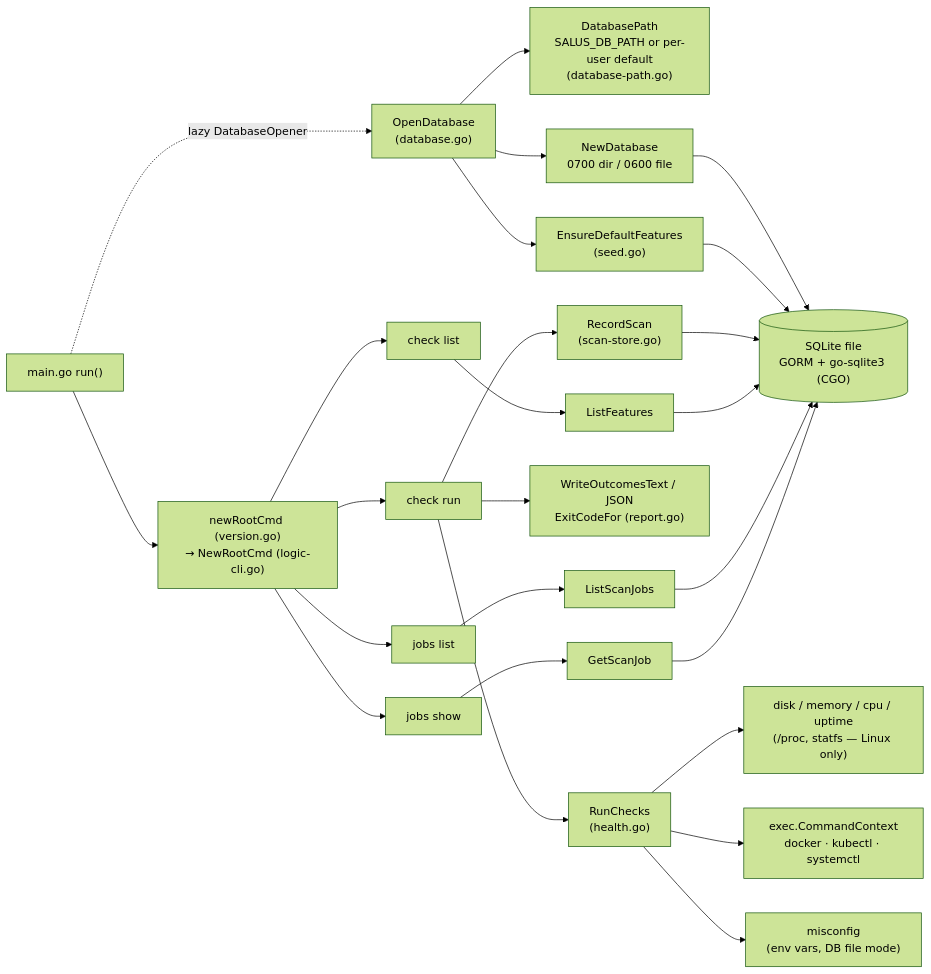
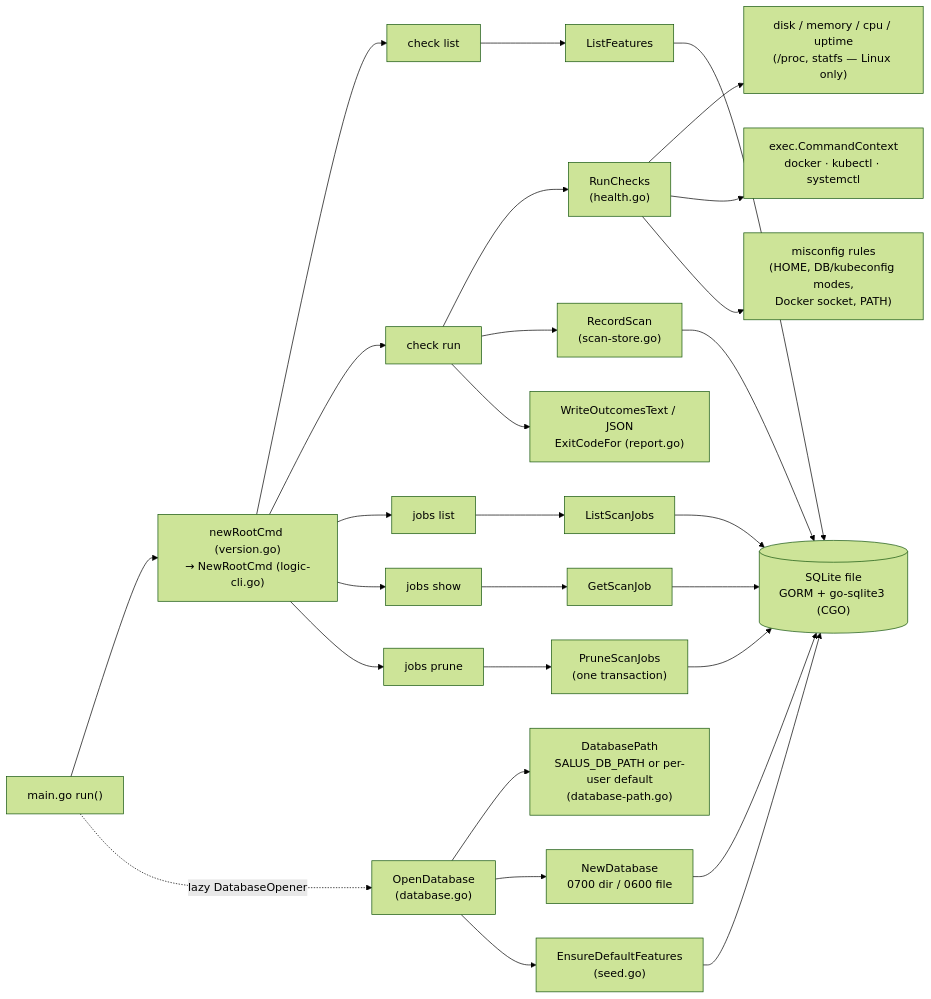
The first of 3 diagrams in intel/map.md (jabbott-iii/Salus), drawn with Mermaid (forest theme) before and after one commit. The commit also changed other lines of this file and 19 other files, not shown here.

````diff
--- a/intel/map.md
+++ b/intel/map.md
@@ -65,31 +73,34 @@
 ```mermaid
 flowchart LR
     main["main.go run()"] --> Root["newRootCmd (version.go)<br/>→ NewRootCmd (logic-cli.go)"]
     main -. "lazy DatabaseOpener" .-> Open["OpenDatabase<br/>(database.go)"]
     Open --> dbpath["DatabasePath<br/>SALUS_DB_PATH or per-user default<br/>(database-path.go)"]
     Open --> NewDatabase["NewDatabase<br/>0700 dir / 0600 file"]
     Open --> Seed["EnsureDefaultFeatures<br/>(seed.go)"]
 
     Root --> CheckList["check list"]
     Root --> CheckRun["check run"]
     Root --> JobsList["jobs list"]
     Root --> JobsShow["jobs show"]
+    Root --> JobsPrune["jobs prune"]
 
     CheckRun --> RunChecks["RunChecks<br/>(health.go)"]
     CheckRun --> RecordScan["RecordScan<br/>(scan-store.go)"]
     CheckRun --> Report["WriteOutcomesText / JSON<br/>ExitCodeFor (report.go)"]
     CheckList --> ListFeatures
     JobsList --> ListScanJobs
     JobsShow --> GetScanJob
+    JobsPrune --> PruneScanJobs["PruneScanJobs<br/>(one transaction)"]
 
     RunChecks --> Resources["disk / memory / cpu / uptime<br/>(/proc, statfs — Linux only)"]
     RunChecks --> Exec["exec.CommandContext<br/>docker · kubectl · systemctl"]
-    RunChecks --> Misconfig["misconfig<br/>(env vars, DB file mode)"]
+    RunChecks --> Misconfig["misconfig rules<br/>(HOME, DB/kubeconfig modes,<br/>Docker socket, PATH)"]
 
     NewDatabase --> SQLite[("SQLite file<br/>GORM + go-sqlite3 (CGO)")]
     Seed --> SQLite
     RecordScan --> SQLite
     ListFeatures --> SQLite
     ListScanJobs --> SQLite
     GetScanJob --> SQLite
+    PruneScanJobs --> SQLite
 ```
````
